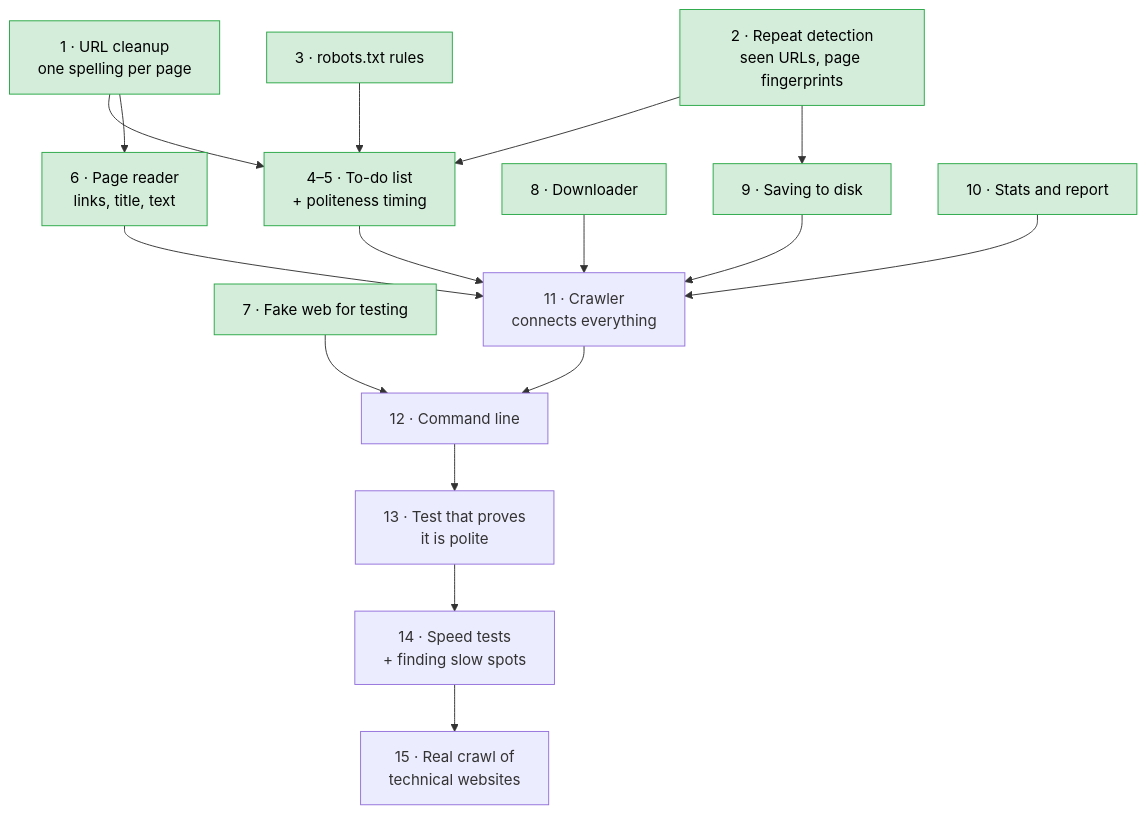
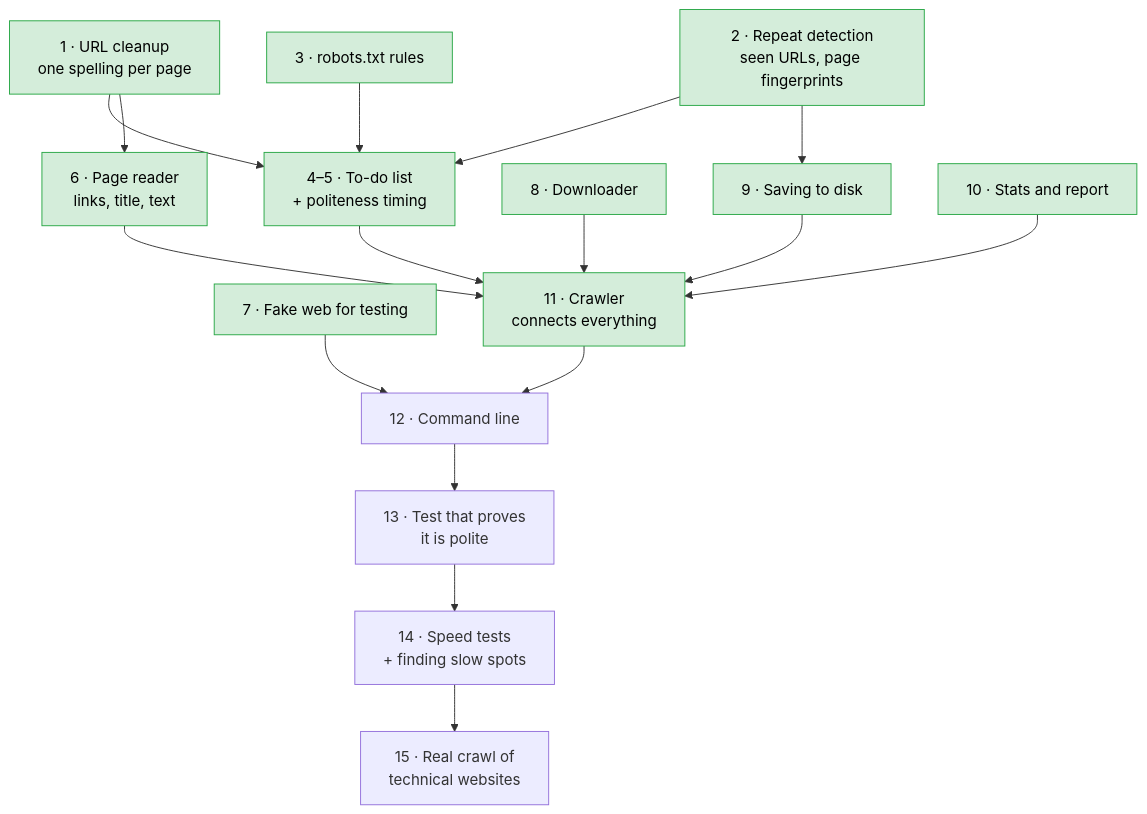
Before and after one commit to Armaan-king/McCrawl: the fourth of 4 diagrams in README.md, drawn with Mermaid. The commit also changed other lines of this file and 6 other files, not shown here.

````diff
--- a/README.md
+++ b/README.md
@@ -118,33 +118,33 @@
 ```mermaid
 flowchart TD
     urlnorm["1 · URL cleanup<br/>one spelling per page"]:::done
     dedup["2 · Repeat detection<br/>seen URLs, page fingerprints"]:::done
     robots["3 · robots.txt rules"]:::done
     frontier["4–5 · To-do list<br/>+ politeness timing"]:::done
     parse["6 · Page reader<br/>links, title, text"]:::done
     mockweb["7 · Fake web for testing"]:::done
     fetch["8 · Downloader"]:::done
     store["9 · Saving to disk"]:::done
     metrics["10 · Stats and report"]:::done
-    crawler["11 · Crawler<br/>connects everything"]
+    crawler["11 · Crawler<br/>connects everything"]:::done
     cli["12 · Command line"]
     proof["13 · Test that proves<br/>it is polite"]
     bench["14 · Speed tests<br/>+ finding slow spots"]
     real["15 · Real crawl of<br/>technical websites"]
 
     urlnorm --> frontier
     dedup --> frontier
     robots --> frontier
     urlnorm --> parse
     dedup --> store
     frontier --> crawler
     parse --> crawler
     fetch --> crawler
     store --> crawler
     metrics --> crawler
     crawler --> cli
     mockweb --> cli
     cli --> proof --> bench --> real
 
     classDef done fill:#d4edda,stroke:#28a745,color:#000
 ```
````
